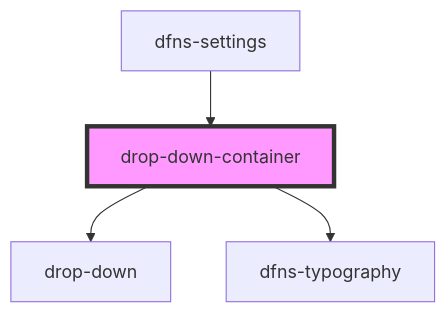
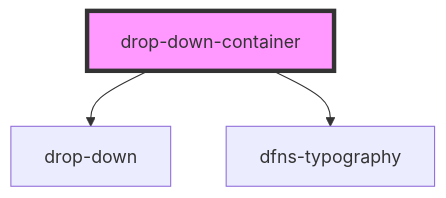
The diagram in src/components/Elements/DropDown/drop-down-container/readme.md (dfnsext/web-ui), drawn with Mermaid before and after one commit. The commit also changed other lines of this file and 22 other files, not shown here.

````diff
--- a/src/components/Elements/DropDown/drop-down-container/readme.md
+++ b/src/components/Elements/DropDown/drop-down-container/readme.md
@@ -27,7 +23,6 @@
 ```mermaid
 graph TD;
   drop-down-container --> drop-down
   drop-down-container --> dfns-typography
-  dfns-settings --> drop-down-container
   style drop-down-container fill:#f9f,stroke:#333,stroke-width:4px
 ```
````
